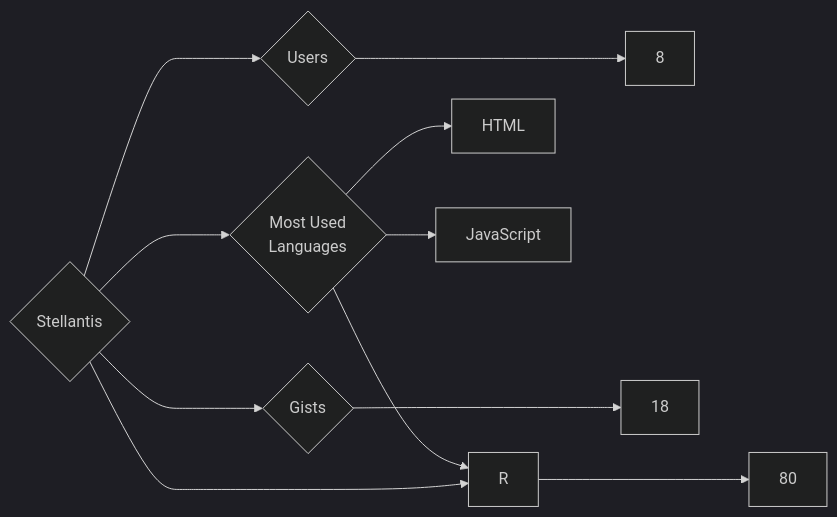
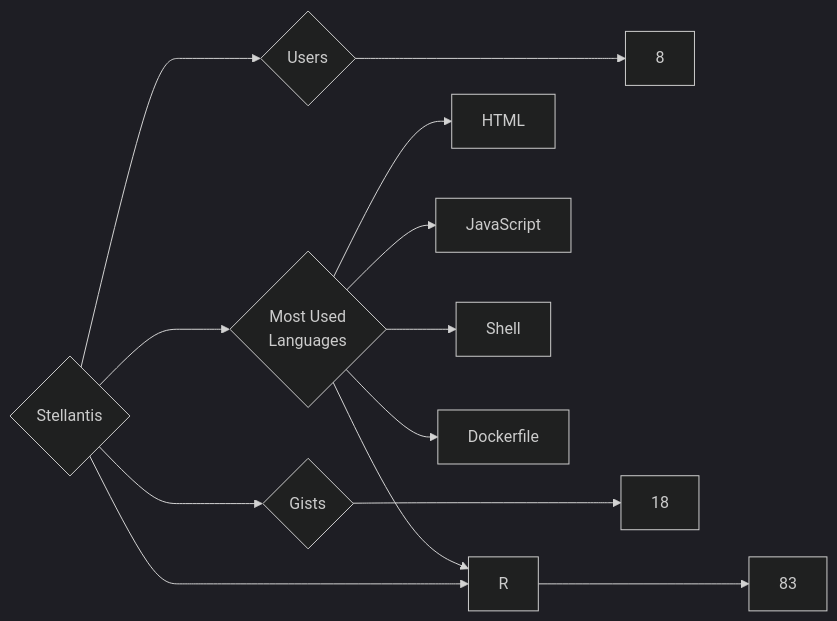
One commit to trickest/insiders changed the diagram in targets/Stellantis/README.md. Above: the diagram before and after it, drawn with Mermaid (dark theme). The commit also changed 1389 other files, not shown here.

````diff
--- a/targets/Stellantis/README.md
+++ b/targets/Stellantis/README.md
@@ -3,11 +3,13 @@
 ```mermaid
 graph LR
 COMPANY_NAME{Stellantis}
 COMPANY_NAME ---> U{Users} ---> UN[8]
-COMPANY_NAME ---> R{Repositories} ---> RN[80]
+COMPANY_NAME ---> R{Repositories} ---> RN[83]
 COMPANY_NAME ---> G{Gists} ---> GN[18]
 COMPANY_NAME ---> ML{Most Used<br>Languages}
 ML --> HTML[HTML]
 ML --> JavaScript[JavaScript]
 ML --> R[R]
+ML --> Shell[Shell]
+ML --> Dockerfile[Dockerfile]
 ```
````
